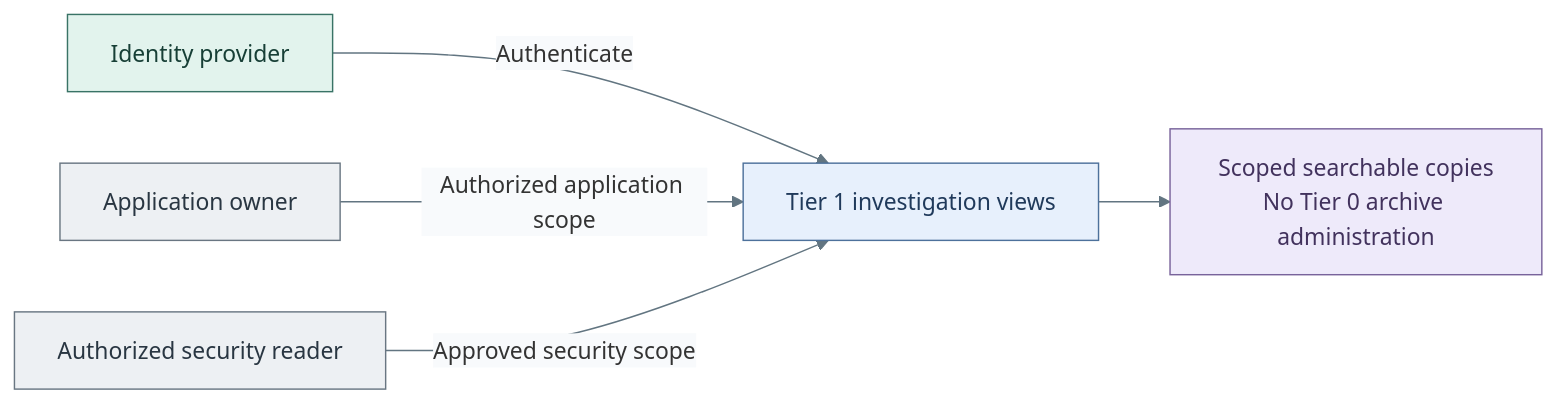
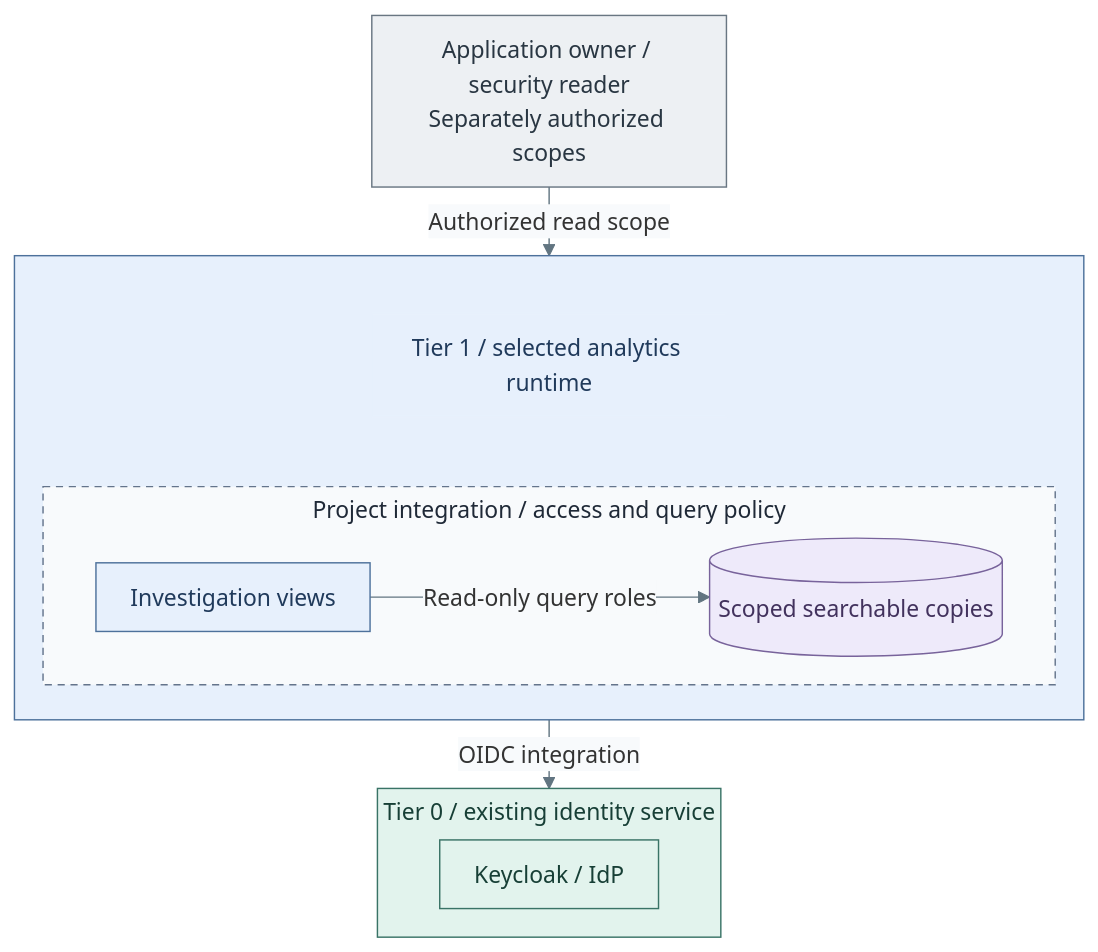
Before and after one commit to Rexus/homelab: the third of 3 diagrams in docs/deployment/stage-5-delivery/analytics.md, drawn with Mermaid. The commit also changed other lines of this file and 60 other files, not shown here.

Commit message:
docs(diagrams): align architecture and deployment views with IaC

````diff
--- a/docs/deployment/stage-5-delivery/analytics.md
+++ b/docs/deployment/stage-5-delivery/analytics.md
@@ -72,17 +105,34 @@
 ```mermaid
-%%{init: {"theme":"base","themeVariables":{"lineColor":"#627581","edgeLabelBackground":"#f8fafc"}}}%%
-flowchart LR
-  Auth["Identity provider"] -->|Authenticate| UI["Tier 1 investigation views"]
-  App["Application owner"] -->|Authorized application scope| UI
-  Security["Authorized security reader"] -->|Approved security scope| UI
-  UI --> Copies["Scoped searchable copies<br/>No Tier 0 archive administration"]
+%%{init: {"theme":"base","flowchart":{"nodeSpacing":20,"rankSpacing":24,"padding":12,"subGraphTitleMargin":{"top":4,"bottom":12}},"themeVariables":{"lineColor":"#627581","edgeLabelBackground":"#f8fafc"}}}%%
+flowchart TB
+  App["Application owner / security reader<br/>Separately authorized scopes"]
+  subgraph T1[" "]
+    direction TB
+    T1Title["Tier 1 / selected analytics runtime"]
+    subgraph Project["Project integration / access and query policy"]
+      direction LR
+      UI["Investigation views"]
+      Copies[("Scoped searchable copies")]
+      UI -->|Read-only query roles| Copies
+    end
+    T1Title ~~~ Project
+  end
+  subgraph T0["Tier 0 / existing identity service"]
+    Auth["Keycloak / IdP"]
+  end
+  App -->|Authorized read scope| T1
+  T1 -->|OIDC integration| T0
   classDef default fill:#f8fafc,stroke:#64748b,color:#1f2937
   classDef control fill:#e2f3ed,stroke:#397366,color:#173f36
   classDef services fill:#e7f0fc,stroke:#4d719b,color:#203a5b
+  classDef servicesHeading fill:#e7f0fc,stroke:#e7f0fc,color:#203a5b
   classDef actor fill:#edf0f3,stroke:#697682,color:#293642
   classDef data fill:#eeeafa,stroke:#78639b,color:#42325d
-  class Auth control
-  class UI services
-  class App,Security actor
+  classDef replicas fill:#f8fafc,stroke:#64748b,color:#1f2937,stroke-dasharray:5 4
+  class T0,Auth control
+  class T1,UI services
+  class T1Title servicesHeading
+  class App actor
   class Copies data
+  class Project replicas
 ```
````
